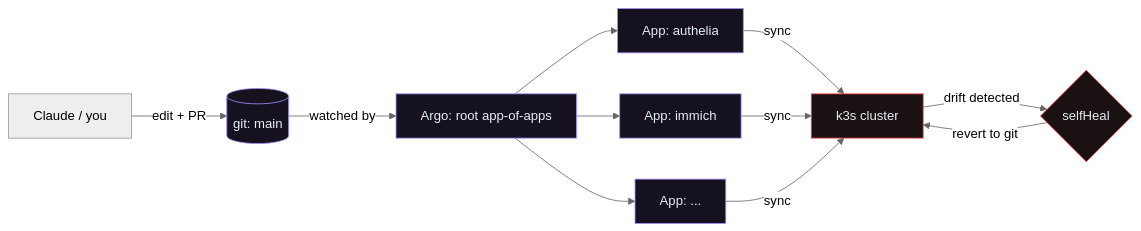
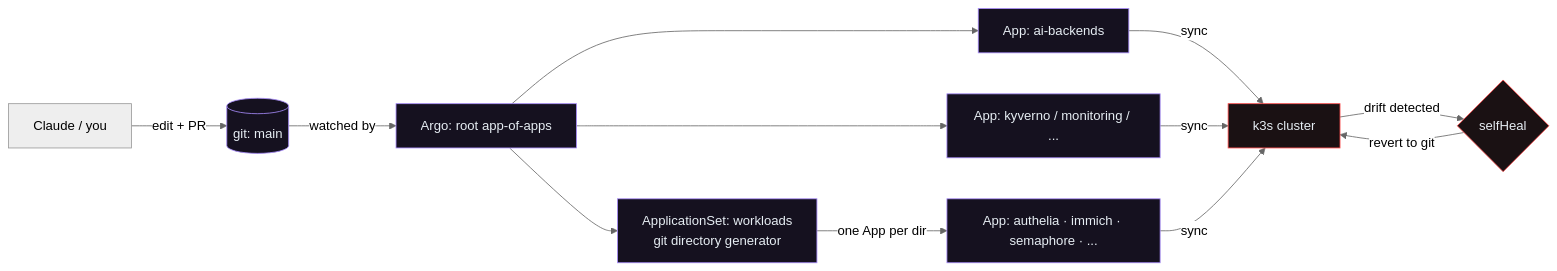
Before and after one commit to swares/HomeLab: the first of 3 diagrams in docs/ARCHITECTURE.md, drawn with Mermaid (neutral theme). The commit also changed other lines of this file and 3 other files, not shown here.

````diff
--- a/docs/ARCHITECTURE.md
+++ b/docs/ARCHITECTURE.md
@@ -56,15 +60,16 @@
 ```mermaid
 flowchart LR
     C[Claude / you] -->|edit + PR| G[(git: main)]
     G -->|watched by| R[Argo: root app-of-apps]
-    R --> A1[App: authelia]
-    R --> A2[App: immich]
-    R --> A3[App: ...]
-    A1 & A2 & A3 -->|sync| K[k3s cluster]
+    R --> AS[ApplicationSet: workloads<br/>git directory generator]
+    R --> A1[App: ai-backends]
+    R --> A2[App: kyverno / monitoring / ...]
+    AS -->|one App per dir| W[App: authelia · immich · semaphore · ...]
+    A1 & A2 & W -->|sync| K[k3s cluster]
     K -->|drift detected| H{selfHeal}
     H -->|revert to git| K
     classDef g fill:#15111f,stroke:#a78bfa,color:#e6edf3;
     classDef k fill:#1a1113,stroke:#ff4d4d,color:#e6edf3;
-    class G,R,A1,A2,A3 g;
+    class G,R,AS,A1,A2,W g;
     class K,H k;
 ```
````
